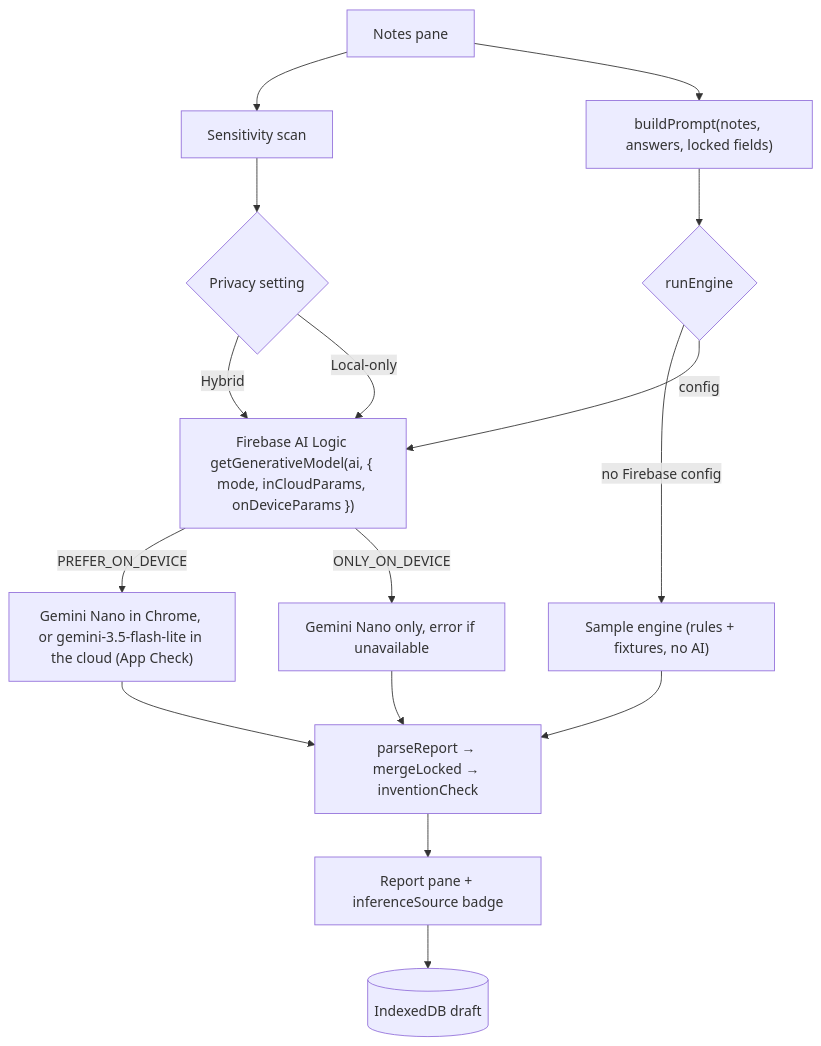
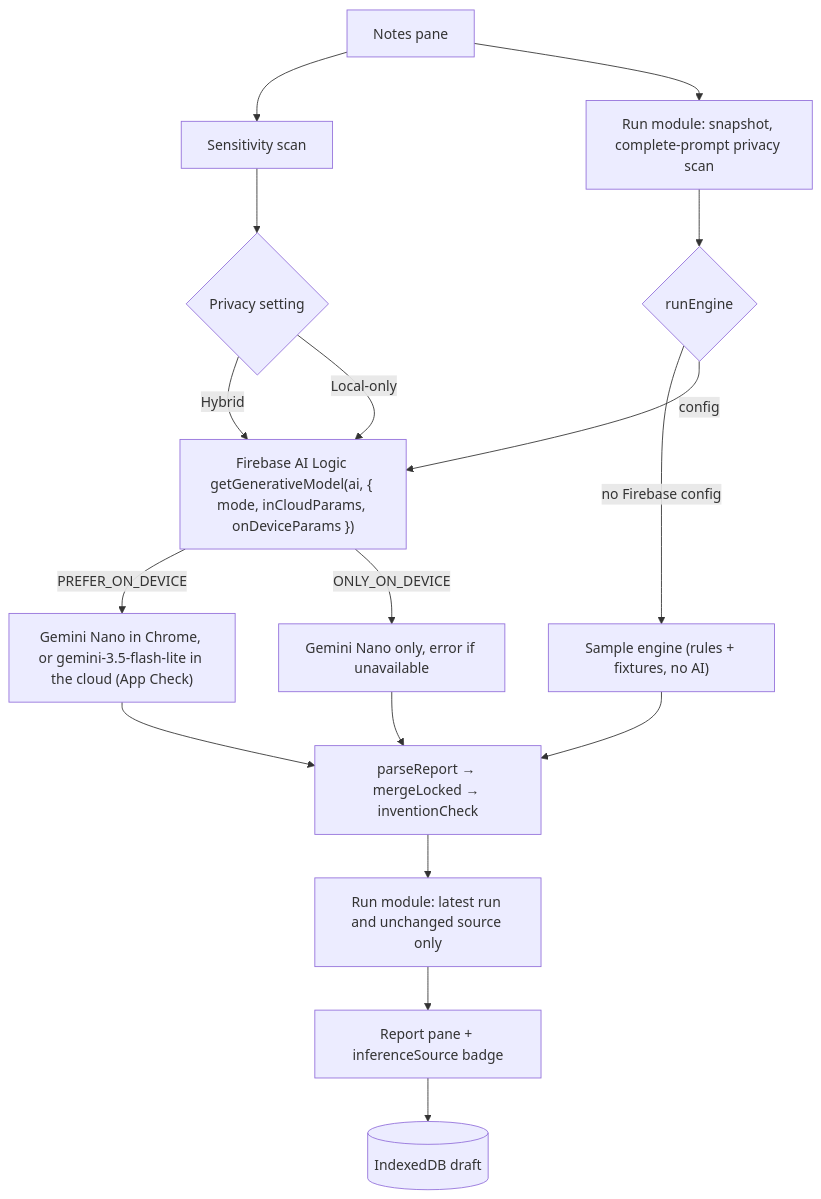
Before and after one commit to RealCloudyPanda/BuildHybridAI: the diagram in README.md, drawn with Mermaid. The commit also changed other lines of this file and 2 other files, not shown here.

Commit message:
Document Run lifecycle interface and verified offline hosting

````diff
--- a/README.md
+++ b/README.md
@@ -47,16 +47,17 @@
 ```mermaid
 flowchart TD
   N[Notes pane] --> S[Sensitivity scan] --> P{Privacy setting}
-  N --> B["buildPrompt(notes, answers, locked fields)"]
-  B --> R{runEngine}
+  N --> RUN["Run module: snapshot, complete-prompt privacy scan"]
+  RUN --> R{runEngine}
   R -- no Firebase config --> SE["Sample engine (rules + fixtures, no AI)"]
   R -- config --> FB["Firebase AI Logic getGenerativeModel(ai, { mode, inCloudParams, onDeviceParams })"]
   P -- Hybrid --> FB
   P -- Local-only --> FB
   FB -- PREFER_ON_DEVICE --> H["Gemini Nano in Chrome, or gemini-3.5-flash-lite in the cloud (App Check)"]
   FB -- ONLY_ON_DEVICE --> L["Gemini Nano only, error if unavailable"]
   H --> PR[parseReport → mergeLocked → inventionCheck]
   L --> PR
   SE --> PR
-  PR --> UI["Report pane + inferenceSource badge"] --> DB[(IndexedDB draft)]
+  PR --> ACCEPT["Run module: latest run and unchanged source only"]
+  ACCEPT --> UI["Report pane + inferenceSource badge"] --> DB[(IndexedDB draft)]
 ```
````
